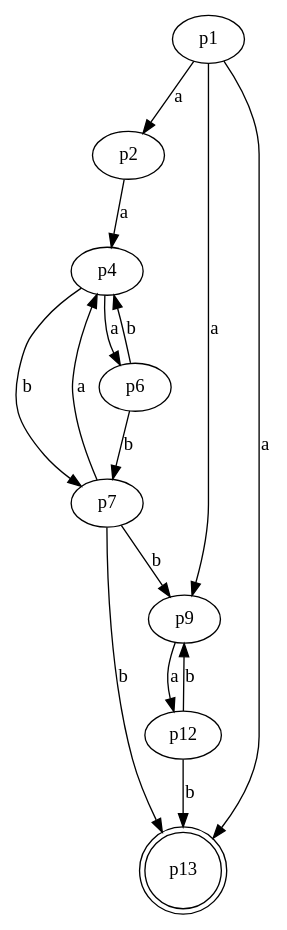
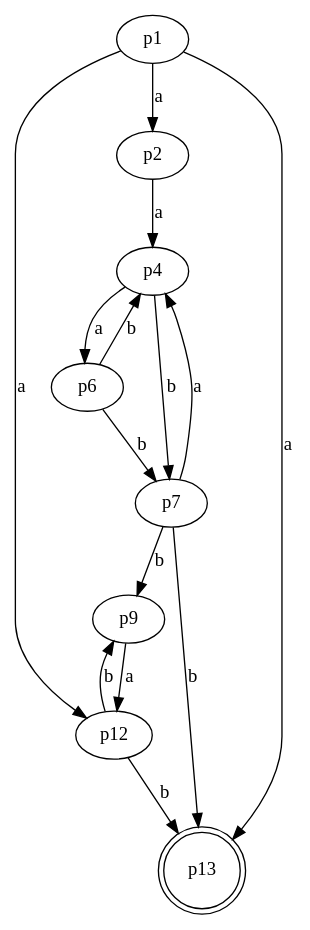
One commit to NRU-MPEI-IMAI/git-Edmelissa changed the diagram in Task3/3_2(del).gv. Above: the diagram before and after it, drawn with Graphviz.

```diff
--- a/Task3/3_2(del).gv
+++ b/Task3/3_2(del).gv
@@ -1,33 +1,33 @@
 digraph G 
 {
     n1 [label = p1]
     n2 [label = p2]
     n4 [label = p4]
     n6 [label = p6]
     n7 [label = p7]
     n9 [label = p9]
     n12 [label = p12]
     n13[label = p13, shape = doublecircle]
 
 
     n1 -> n2 [label = "a"]
-    n1 -> n9 [label = "a"]
+    n1 -> n12 [label = "a"]
     n1 -> n13 [label = "a"]
     
     n2 -> n4 [label = "a"]
     
     n4 -> n6 [label = "a"]
     n4 -> n7 [label = "b"]
     
     n6 -> n4 [label = "b"]
     n6 -> n7 [label = "b"]
     
     n7 -> n4 [label = "a"]
     n7 -> n9 [label = "b"]
     n7 -> n13 [label = "b"]
     
     n9 -> n12 [label = "a"]
     
     n12 -> n13 [label = "b"]
     n12 -> n9 [label = "b"]
 }
```
